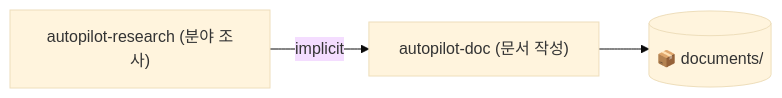
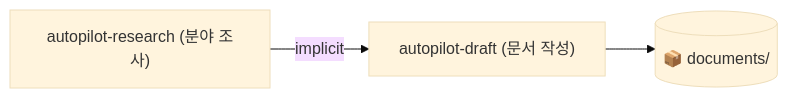
One commit to dmlguq456/agent_setting changed the second of 2 diagrams in skills/autopilot-draft/README.md. Above: the diagram before and after it, drawn with Mermaid (base theme). The commit also changed other lines of this file and 32 other files, not shown here.

````diff
--- a/skills/autopilot-draft/README.md
+++ b/skills/autopilot-draft/README.md
@@ -128,5 +128,5 @@
 ```mermaid
 flowchart LR
-    AR["autopilot-research (분야 조사)"] -->|implicit| AD["autopilot-doc (문서 작성)"]
+    AR["autopilot-research (분야 조사)"] -->|implicit| AD["autopilot-draft (문서 작성)"]
     AD --> OUT[("📦 documents/")]
 ```
````
